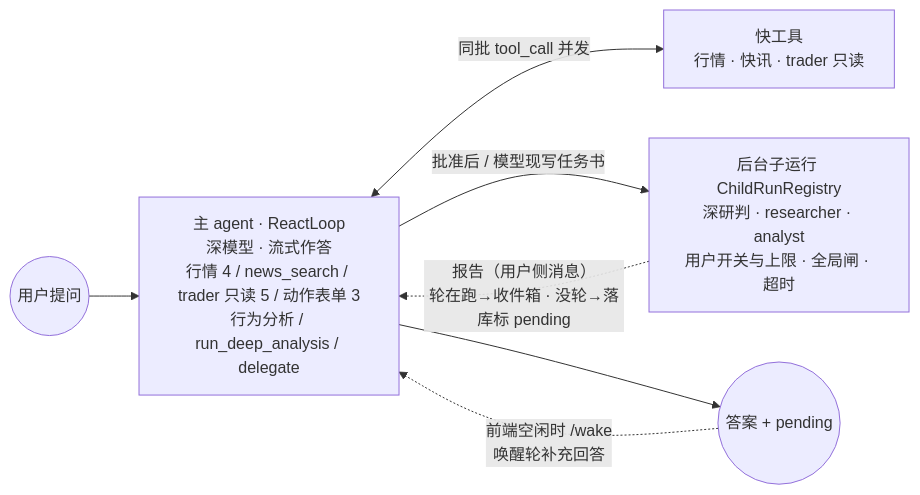
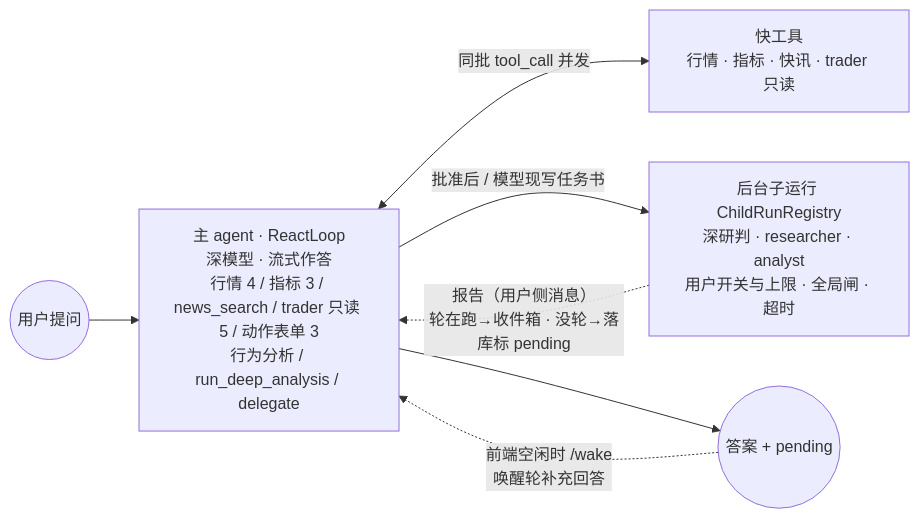
The fourth of 5 diagrams in docs/agent-harness/architecture.md (mamawai/wtfibought), drawn with Mermaid before and after one commit. The commit also changed other lines of this file and 8 other files, not shown here.

````diff
--- a/docs/agent-harness/architecture.md
+++ b/docs/agent-harness/architecture.md
@@ -113,9 +113,9 @@
 ```mermaid
 flowchart LR
-    U((用户提问)) --> MAIN["主 agent · ReactLoop<br/>深模型 · 流式作答<br/>行情 4 / news_search / trader 只读 5 / 动作表单 3<br/>行为分析 / run_deep_analysis / delegate"]
-    MAIN <-->|"同批 tool_call 并发"| T["快工具<br/>行情 · 快讯 · trader 只读"]
+    U((用户提问)) --> MAIN["主 agent · ReactLoop<br/>深模型 · 流式作答<br/>行情 4 / 指标 3 / news_search / trader 只读 5 / 动作表单 3<br/>行为分析 / run_deep_analysis / delegate"]
+    MAIN <-->|"同批 tool_call 并发"| T["快工具<br/>行情 · 指标 · 快讯 · trader 只读"]
     MAIN -->|"批准后 / 模型现写任务书"| CR["后台子运行 ChildRunRegistry<br/>深研判 · researcher · analyst<br/>用户开关与上限 · 全局闸 · 超时"]
     CR -.->|"报告（用户侧消息）<br/>轮在跑→收件箱 · 没轮→落库标 pending"| MAIN
     MAIN --> A((答案 + pending))
     A -.->|"前端空闲时 /wake<br/>唤醒轮补充回答"| MAIN
 ```
````
